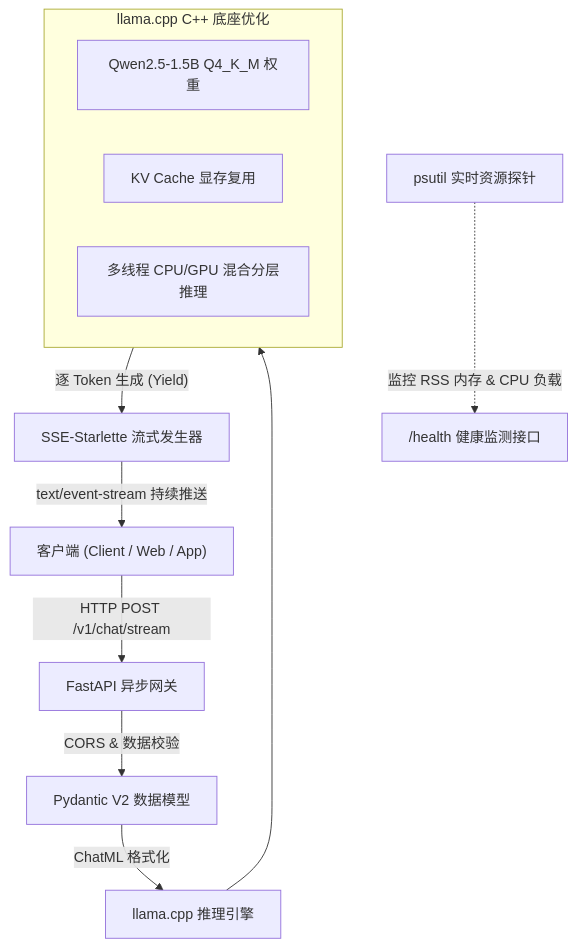
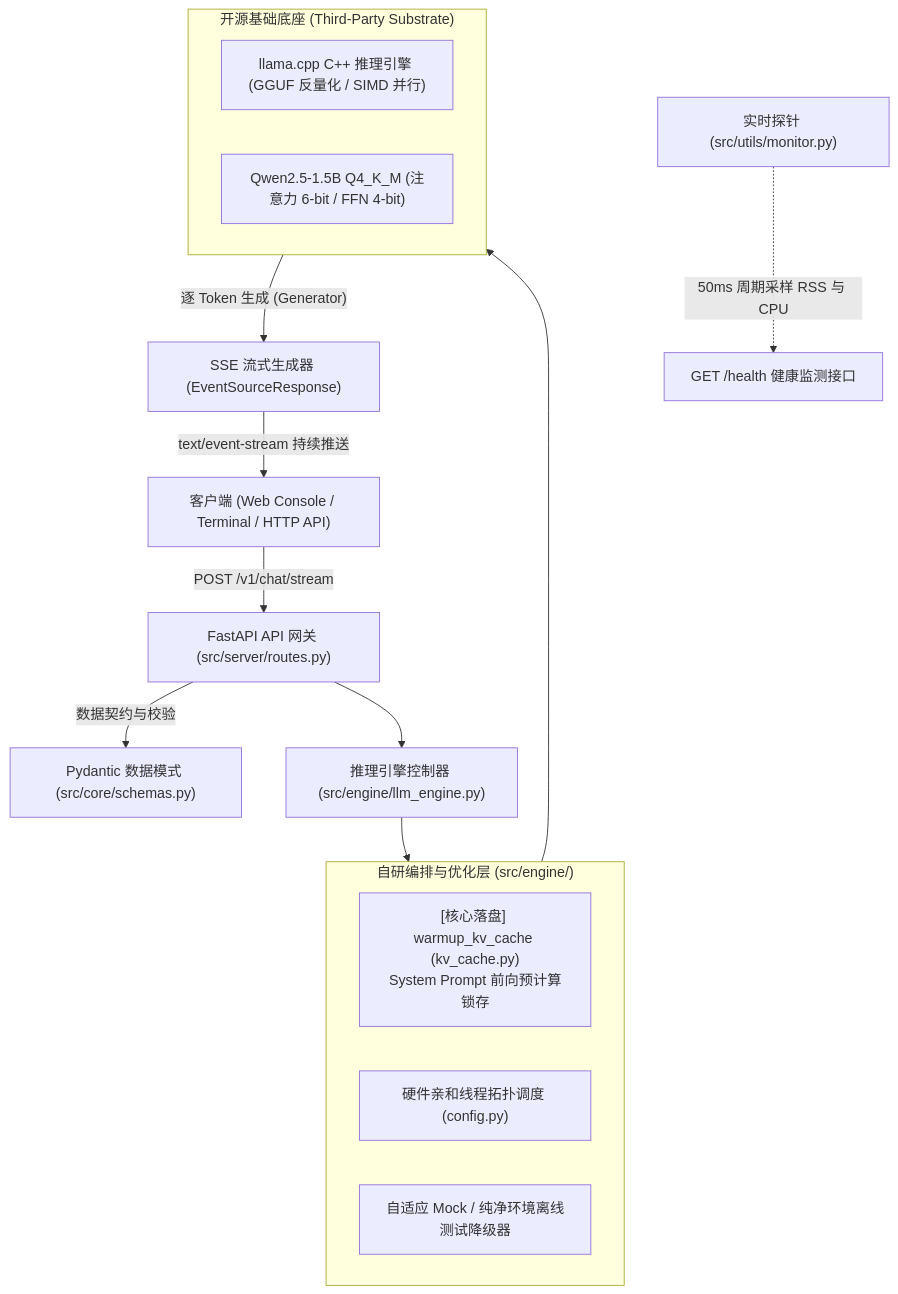
Before and after one commit to JamelNOB/edge-llm-inference: the diagram in README.md, drawn with Mermaid. The commit also changed other lines of this file and 27 other files, not shown here.

````diff
--- a/README.md
+++ b/README.md
@@ -16,18 +16,25 @@
 ```mermaid
 graph TD
-    Client["客户端 (Client / Web / App)"] -->|"HTTP POST /v1/chat/stream"| Gateway["FastAPI 异步网关"]
-    Gateway -->|"CORS & 数据校验"| Pydantic["Pydantic V2 数据模型"]
-    Pydantic -->|"ChatML 格式化"| Engine["llama.cpp 推理引擎"]
+    Client["客户端 (Web Console / Terminal / HTTP API)"] -->|"POST /v1/chat/stream"| Gateway["FastAPI API 网关 (src/server/routes.py)"]
+    Gateway -->|"数据契约与校验"| Pydantic["Pydantic 数据模式 (src/core/schemas.py)"]
+    Gateway --> EngineCtrl["推理引擎控制器 (src/engine/llm_engine.py)"]
     
-    subgraph EngineCore ["llama.cpp C++ 底座优化"]
-        GGUF["Qwen2.5-1.5B Q4_K_M 权重"]
-        KV["KV Cache 显存复用"]
-        Thread["多线程 CPU/GPU 混合分层推理"]
+    subgraph CoreEngine ["自研编排与优化层 (src/engine/)"]
+        KVWarmup["[核心落盘] warmup_kv_cache (kv_cache.py)<br/>System Prompt 前向预计算锁存"]
+        ThreadAlloc["硬件亲和线程拓扑调度 (config.py)"]
+        MockAdapter["自适应 Mock / 纯净环境离线测试降级器"]
     end
     
-    Engine --> EngineCore
-    EngineCore -->|"逐 Token 生成 (Yield)"| SSE["SSE-Starlette 流式发生器"]
+    EngineCtrl --> CoreEngine
+    
+    subgraph InfraLayer ["开源基础底座 (Third-Party Substrate)"]
+        LlamaCPP["llama.cpp C++ 推理引擎 (GGUF 反量化 / SIMD 并行)"]
+        ModelWeights["Qwen2.5-1.5B Q4_K_M (注意力 6-bit / FFN 4-bit)"]
+    end
+    
+    CoreEngine --> InfraLayer
+    InfraLayer -->|"逐 Token 生成 (Generator)"| SSE["SSE 流式生成器 (EventSourceResponse)"]
     SSE -->|"text/event-stream 持续推送"| Client
     
-    Monitor["psutil 实时资源探针"] -.->|"监控 RSS 内存 & CPU 负载"| Health["/health 健康监测接口"]
+    Monitor["实时探针 (src/utils/monitor.py)"] -.->|"50ms 周期采样 RSS 与 CPU"| Health["GET /health 健康监测接口"]
 ```
````
